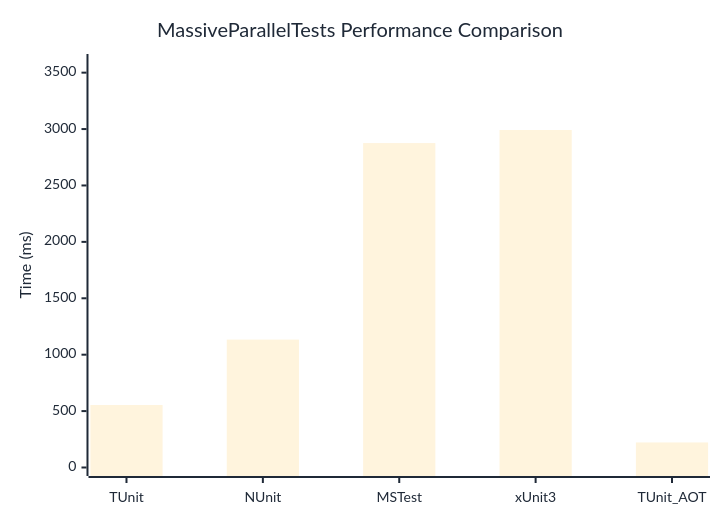
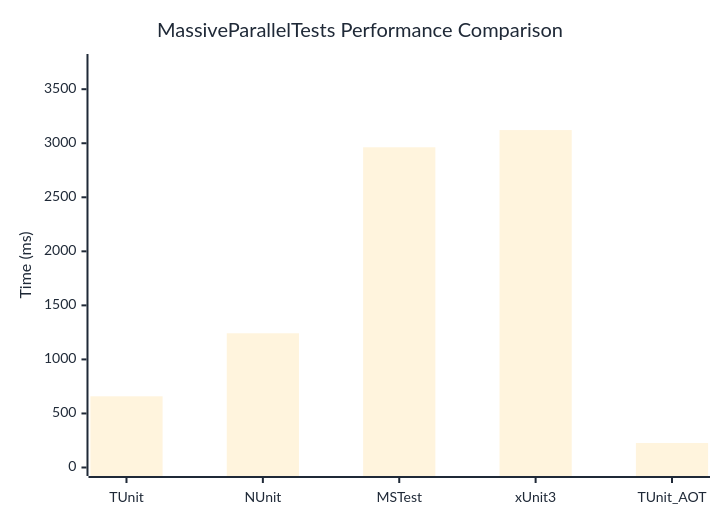
The diagram in docs/docs/benchmarks/MassiveParallelTests.md (thomhurst/TUnit), drawn with Mermaid before and after one commit. The commit also changed other lines of this file and 17 other files, not shown here.

````diff
--- a/docs/docs/benchmarks/MassiveParallelTests.md
+++ b/docs/docs/benchmarks/MassiveParallelTests.md
@@ -27,37 +27,37 @@
 ```mermaid
 %%{init: {
   'theme':'base',
   'themeVariables': {
     'primaryColor': '#2563eb',
     'primaryTextColor': '#1f2937',
     'primaryBorderColor': '#1e40af',
     'lineColor': '#6b7280',
     'secondaryColor': '#7c3aed',
     'tertiaryColor': '#dc2626',
     'background': '#ffffff',
     'mainBkg': '#2563eb',
     'secondBkg': '#7c3aed',
     'tertiaryBkg': '#dc2626',
     'clusterBkg': '#f3f4f6',
     'edgeLabelBackground': '#ffffff',
     'tertiaryTextColor': '#1f2937',
     'pie1': '#2563eb',
     'pie2': '#7c3aed',
     'pie3': '#dc2626',
     'pie4': '#f59e0b',
     'pie5': '#10b981',
     'pie6': '#06b6d4',
     'pie7': '#ec4899',
     'pie8': '#6366f1',
     'pie9': '#84cc16',
     'pie10': '#f97316',
     'pie11': '#14b8a6',
     'pie12': '#a855f7'
   }
 }}%%
 xychart-beta
   title "MassiveParallelTests Performance Comparison"
   x-axis ["TUnit", "NUnit", "MSTest", "xUnit3", "TUnit_AOT"]
-  y-axis "Time (ms)" 0 --> 3590
-  bar [553.8, 1133.8, 2875.8, 2991.6, 222]
+  y-axis "Time (ms)" 0 --> 3747
+  bar [658.8, 1241.8, 2962.8, 3121.9, 226.6]
 ```
````
